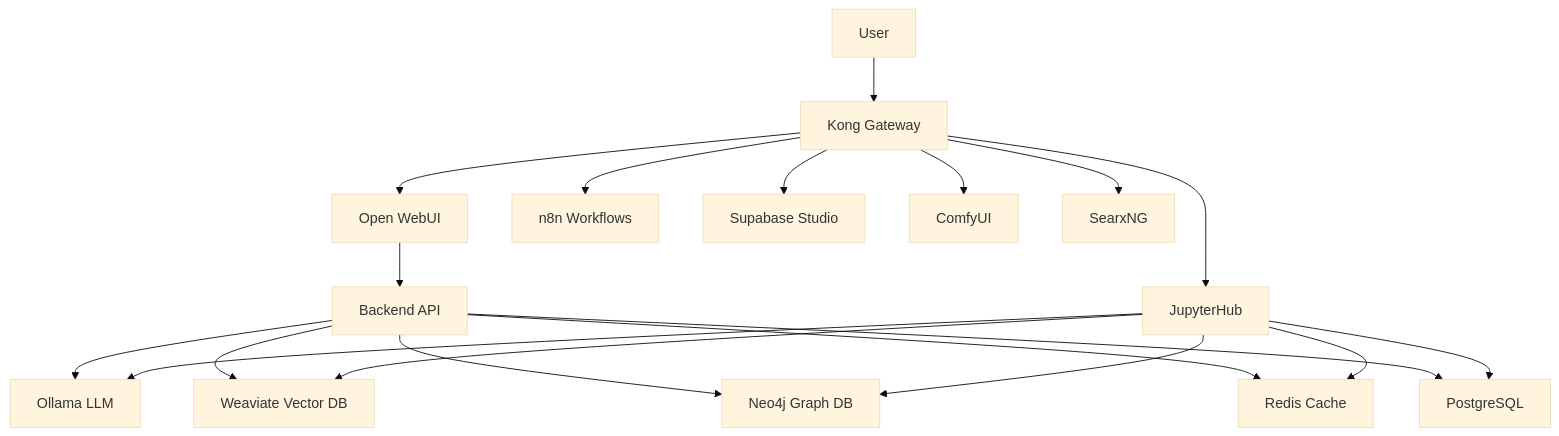
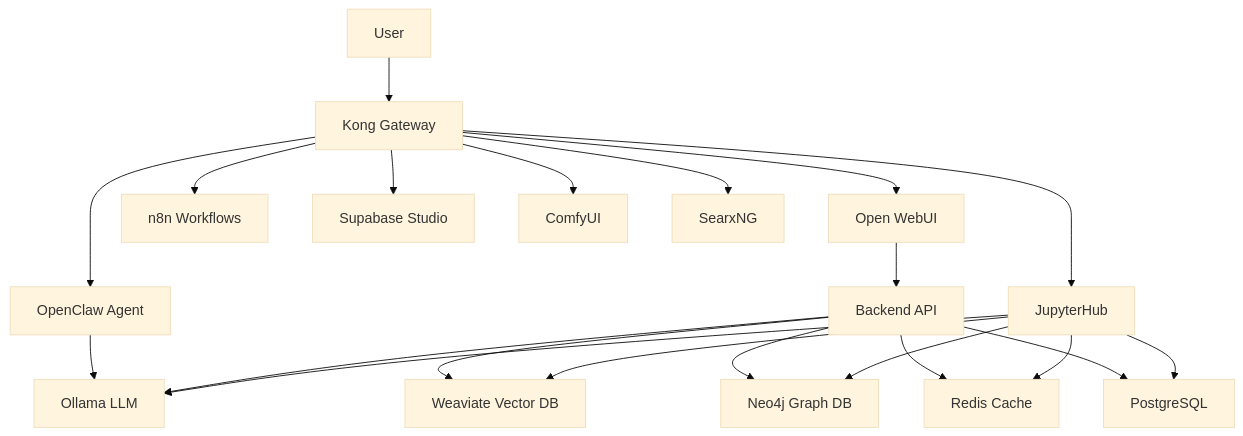
The diagram in README.md (thekaveh/genai-vanilla), drawn with Mermaid (base theme) before and after one commit. The commit also changed other lines of this file and 17 other files, not shown here.

````diff
--- a/README.md
+++ b/README.md
@@ -100,23 +100,25 @@
 ```mermaid
 graph TB
     User[User] --> Kong[Kong Gateway]
     Kong --> OpenWebUI[Open WebUI]
     Kong --> N8N[n8n Workflows]
     Kong --> Supabase[Supabase Studio]
     Kong --> ComfyUI[ComfyUI]
     Kong --> SearxNG[SearxNG]
     Kong --> JupyterHub[JupyterHub]
+    Kong --> OpenClaw[OpenClaw Agent]
 
+    OpenClaw --> Ollama
     OpenWebUI --> Backend[Backend API]
     Backend --> Ollama[Ollama LLM]
     Backend --> Weaviate[Weaviate Vector DB]
     Backend --> Neo4j[Neo4j Graph DB]
     Backend --> Redis[Redis Cache]
     Backend --> PostgreSQL[PostgreSQL]
 
     JupyterHub --> Ollama
     JupyterHub --> Weaviate
     JupyterHub --> Neo4j
     JupyterHub --> PostgreSQL
     JupyterHub --> Redis
 ```
````
